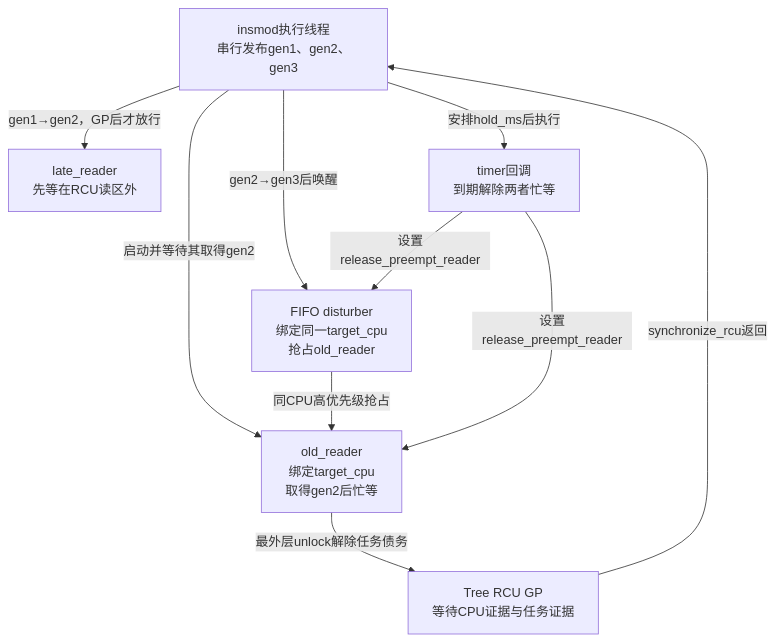
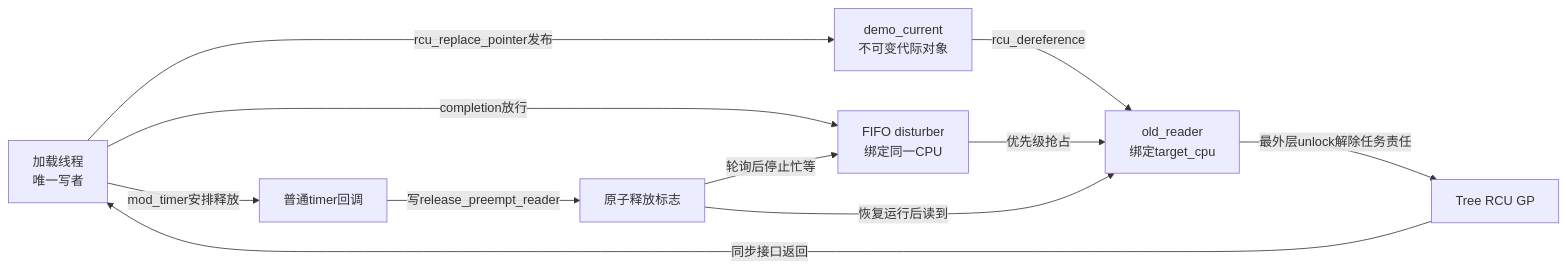
One commit to FormingSystem/linux_note changed the first of 2 diagrams in labs/kernel/rcu/P01_晚到读者与抢占读者/README.md. Above: the diagram before and after it, drawn with Mermaid. The commit also changed other lines of this file and 3 other files, not shown here.

````diff
--- a/labs/kernel/rcu/P01_晚到读者与抢占读者/README.md
+++ b/labs/kernel/rcu/P01_晚到读者与抢占读者/README.md
@@ -36,19 +41,13 @@
 ```mermaid
-flowchart TD
-    M["insmod执行线程<br/>串行发布gen1、gen2、gen3"]
-    L["late_reader<br/>先等在RCU读区外"]
-    R["old_reader<br/>绑定target_cpu<br/>取得gen2后忙等"]
-    H["FIFO disturber<br/>绑定同一target_cpu<br/>抢占old_reader"]
-    D["timer回调<br/>到期解除两者忙等"]
-    G["Tree RCU GP<br/>等待CPU证据与任务证据"]
-
-    M -->|"gen1→gen2，GP后才放行"| L
-    M -->|"启动并等待其取得gen2"| R
-    M -->|"gen2→gen3后唤醒"| H
-    H -->|"同CPU高优先级抢占"| R
-    M -->|"安排hold_ms后执行"| D
-    D -->|"设置release_preempt_reader"| H
-    D -->|"设置release_preempt_reader"| R
-    R -->|"最外层unlock解除任务债务"| G
-    G -->|"synchronize_rcu返回"| M
+flowchart LR
+    M["加载线程<br/>唯一写者"] -->|"rcu_replace_pointer发布"| P["demo_current<br/>不可变代际对象"]
+    P -->|"rcu_dereference"| R["old_reader<br/>绑定target_cpu"]
+    M -->|"completion放行"| H["FIFO disturber<br/>绑定同一CPU"]
+    H -->|"优先级抢占"| R
+    M -->|"mod_timer安排释放"| T["普通timer回调"]
+    T -->|"写release_preempt_reader"| F["原子释放标志"]
+    F -->|"轮询后停止忙等"| H
+    F -->|"恢复运行后读到"| R
+    R -->|"最外层unlock解除任务责任"| G["Tree RCU GP"]
+    G -->|"同步接口返回"| M
 ```
````
